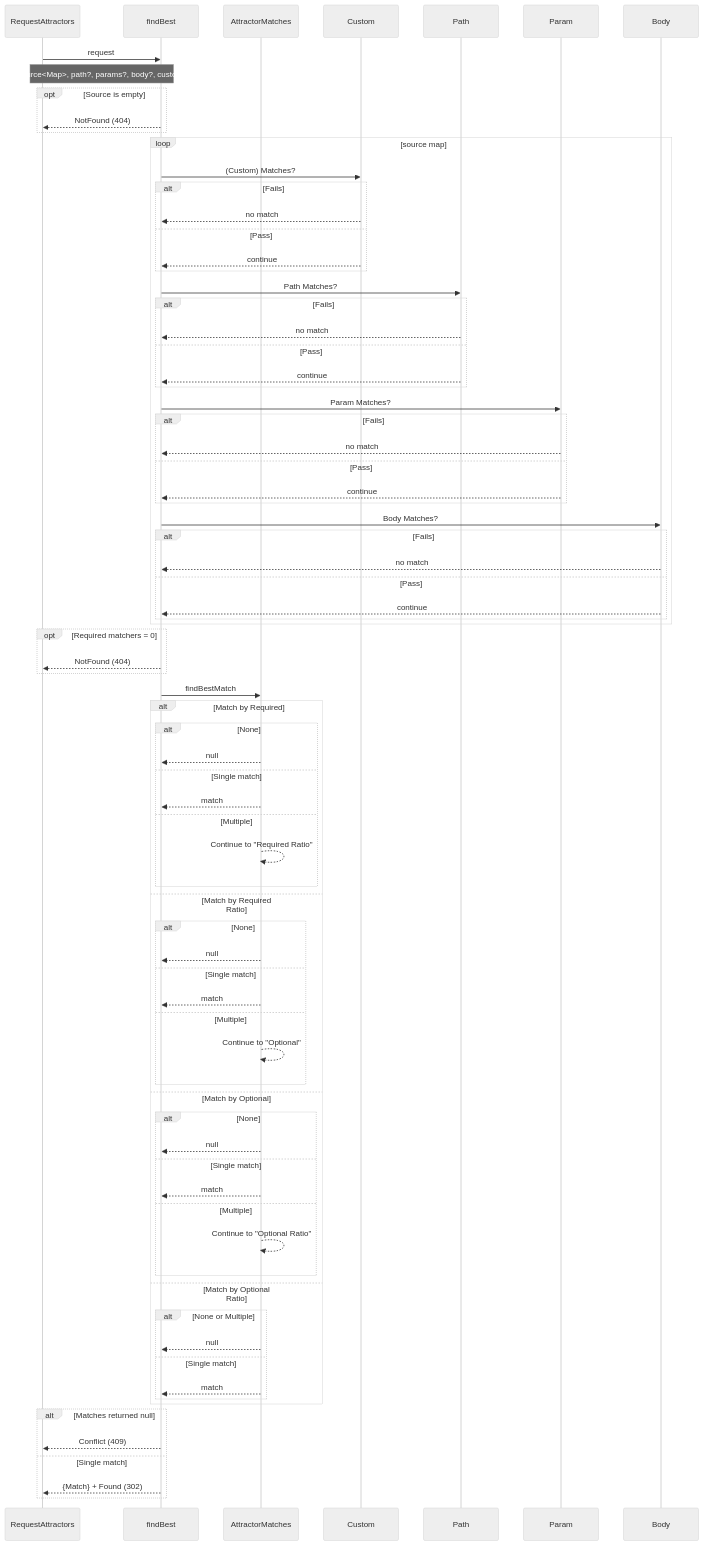
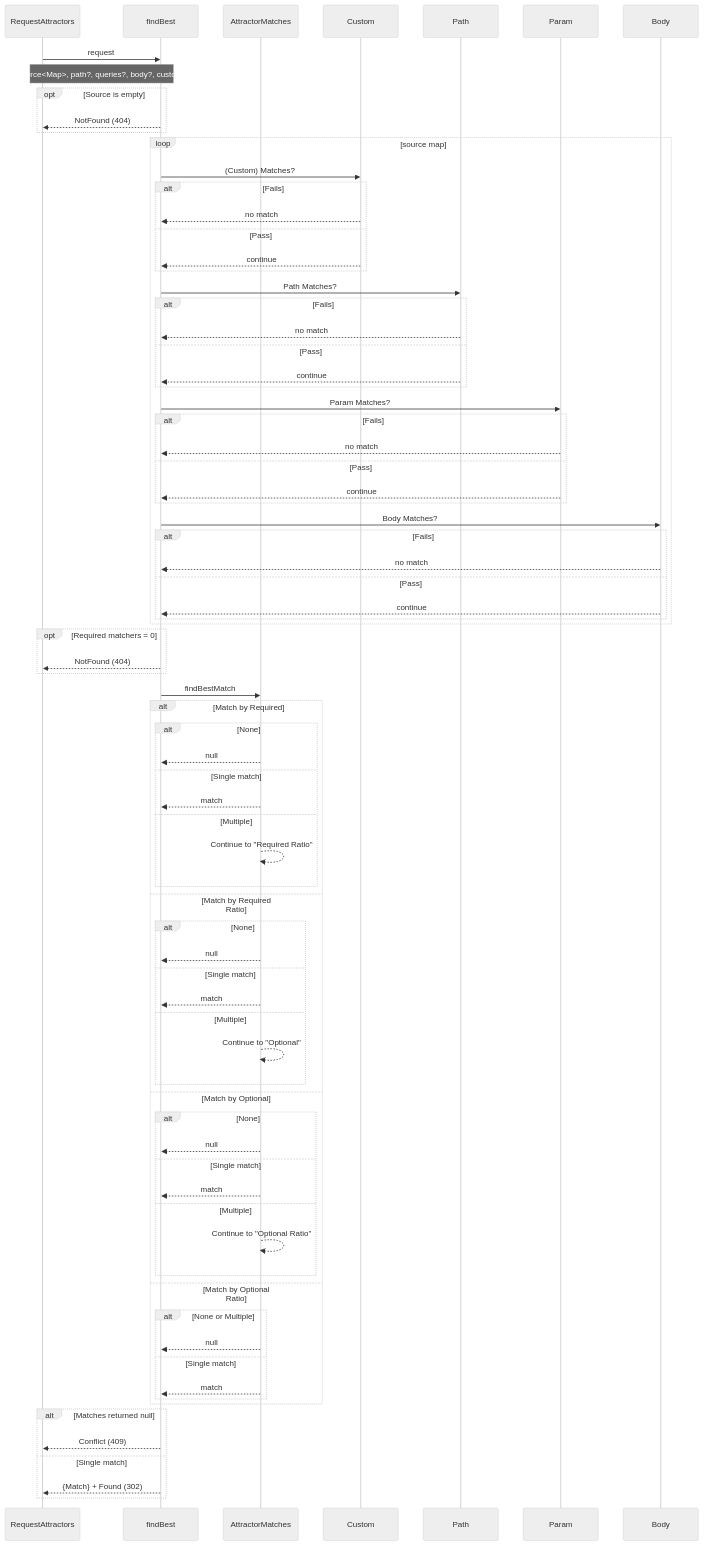
One commit to migueln1987/Mimik-1 changed the second of 2 diagrams in Docs/actionCharts.md. Above: the diagram before and after it, drawn with Mermaid (neutral theme). The commit also changed other lines of this file and 8 other files, not shown here.

```diff
--- a/Docs/actionCharts.md
+++ b/Docs/actionCharts.md
@@ -94,7 +94,7 @@
 participant b as Body
 
 a->>f: request
-Note over a,f: {Source<Map>, path?, params?, body?, custom?}
+Note over a,f: {Source<Map>, path?, queries?, body?, custom?}
 opt Source is empty
 	f-->>a: NotFound (404)
 end
```
